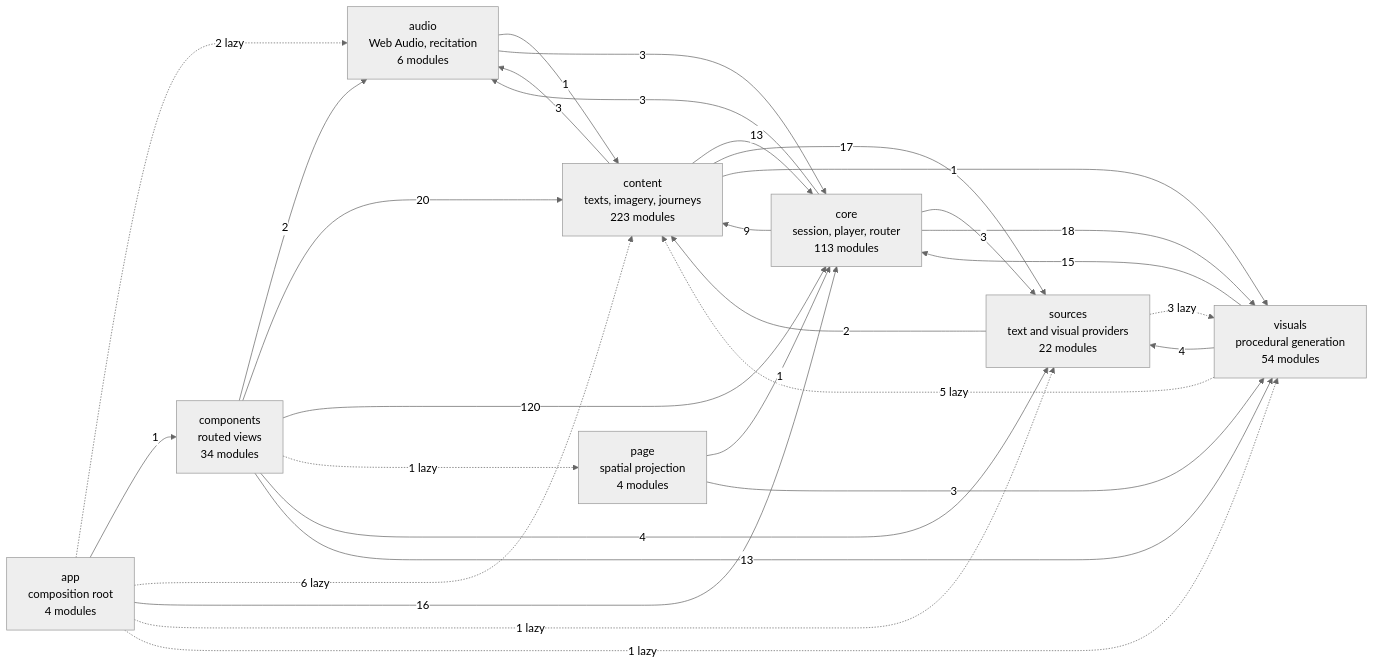
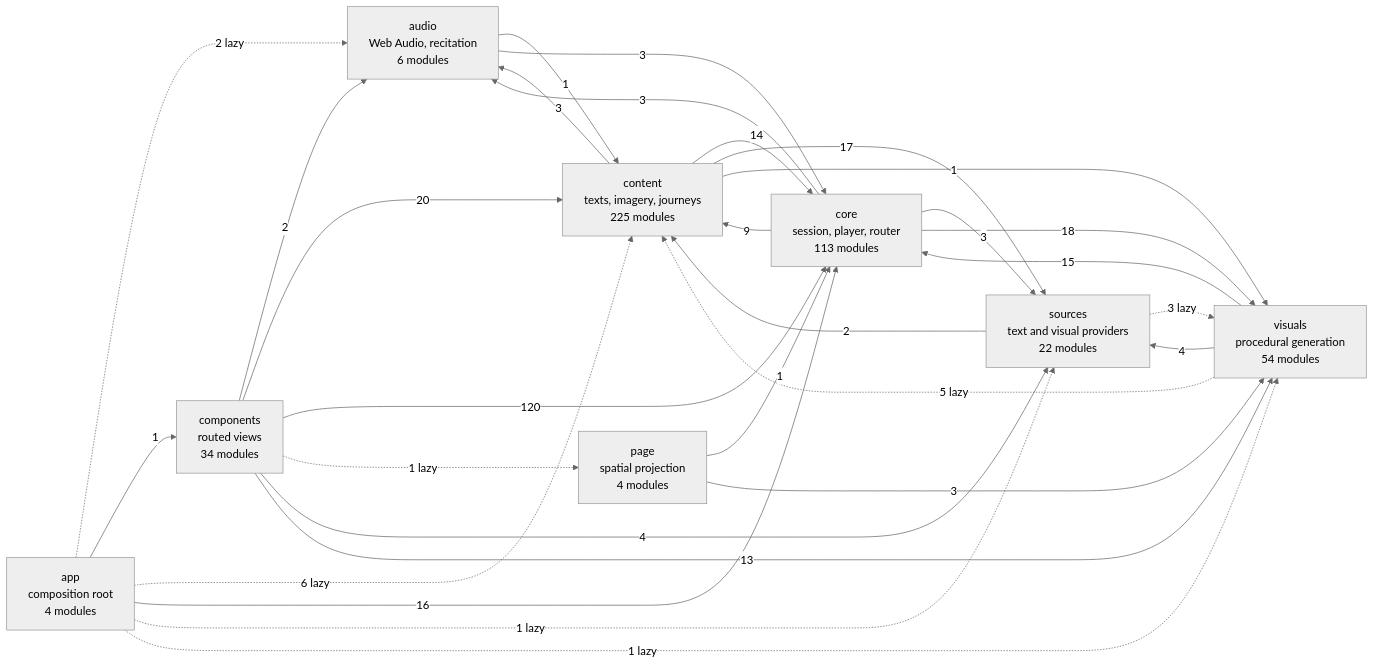
One commit to SyberLabs/RISE changed the diagram in docs/specs/ARCHITECTURE.md. Above: the diagram before and after it, drawn with Mermaid (neutral theme).

Commit message:
docs: regenerate the architecture diagram for the new content modules
`public-hosts.js` and `branding-reels.js` are two more modules under
content, and `branding-reels` imports `core/experience-program.js`, so
the subsystem count and one edge weight both moved. The diagram is
derived from src/ and CI fails when the committed one is not what the
tree produces; it had not been regenerated since those landed.

Generated, not hand-edited: npm run docs:diagram

````diff
--- a/docs/specs/ARCHITECTURE.md
+++ b/docs/specs/ARCHITECTURE.md
@@ -149,41 +149,41 @@
 ```mermaid
 flowchart LR
     app["app<br/>composition root<br/>4 modules"]
     audio["audio<br/>Web Audio, recitation<br/>6 modules"]
     components["components<br/>routed views<br/>34 modules"]
-    content["content<br/>texts, imagery, journeys<br/>223 modules"]
+    content["content<br/>texts, imagery, journeys<br/>225 modules"]
     core["core<br/>session, player, router<br/>113 modules"]
     page["page<br/>spatial projection<br/>4 modules"]
     sources["sources<br/>text and visual providers<br/>22 modules"]
     visuals["visuals<br/>procedural generation<br/>54 modules"]
 
     app -.-> |2 lazy| audio
     app --> |1| components
     app -.-> |6 lazy| content
     app --> |16| core
     app -.-> |1 lazy| sources
     app -.-> |1 lazy| visuals
     audio --> |1| content
     audio --> |3| core
     components --> |2| audio
     components --> |20| content
     components --> |120| core
     components -.-> |1 lazy| page
     components --> |4| sources
     components --> |13| visuals
     content --> |3| audio
-    content --> |13| core
+    content --> |14| core
     content --> |17| sources
     content --> |1| visuals
     core --> |3| audio
     core --> |9| content
     core --> |3| sources
     core --> |18| visuals
     page --> |1| core
     page --> |3| visuals
     sources --> |2| content
     sources -.-> |3 lazy| visuals
     visuals -.-> |5 lazy| content
     visuals --> |15| core
     visuals --> |4| sources
 ```
````
